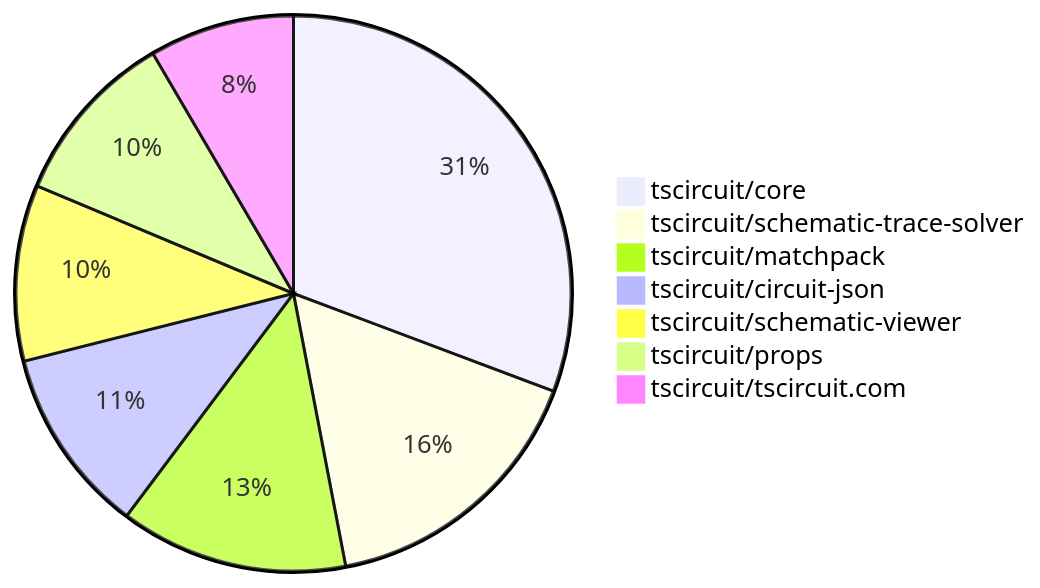
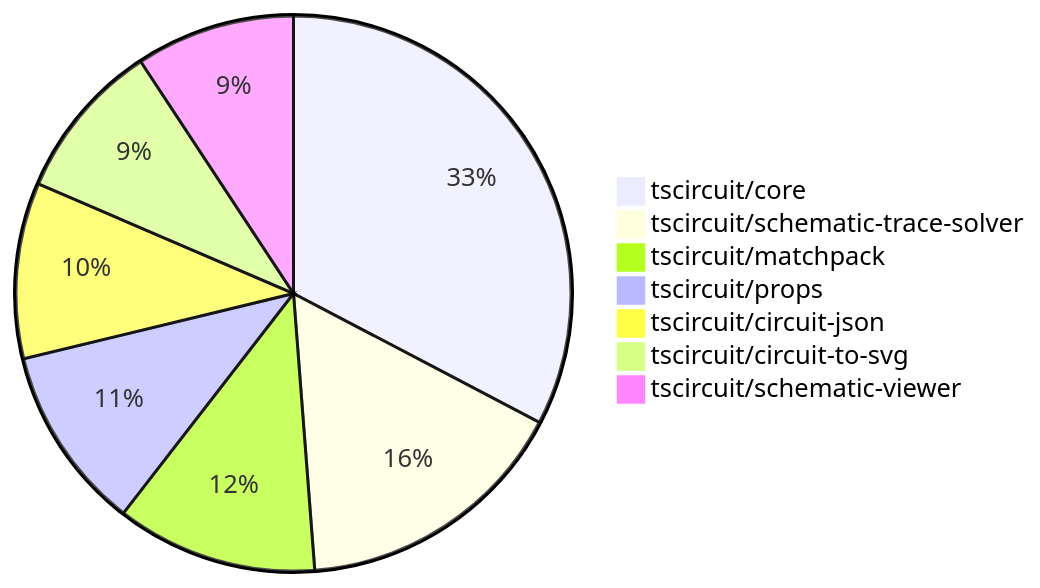
One commit to tscircuit/contribution-tracker changed the second of 2 diagrams in README.md. Above: the diagram before and after it, drawn with Mermaid. The commit also changed other lines of this file and 3 other files, not shown here.

````diff
--- a/README.md
+++ b/README.md
@@ -112,10 +117,10 @@
 ```mermaid
 pie
-    "tscircuit/core" : 51
-    "tscircuit/schematic-trace-solver" : 27
-    "tscircuit/matchpack" : 22
-    "tscircuit/circuit-json" : 18
-    "tscircuit/schematic-viewer" : 17
-    "tscircuit/props" : 17
-    "tscircuit/tscircuit.com" : 14
+    "tscircuit/core" : 67
+    "tscircuit/schematic-trace-solver" : 33
+    "tscircuit/matchpack" : 24
+    "tscircuit/props" : 22
+    "tscircuit/circuit-json" : 21
+    "tscircuit/circuit-to-svg" : 19
+    "tscircuit/schematic-viewer" : 19
 ```
````
